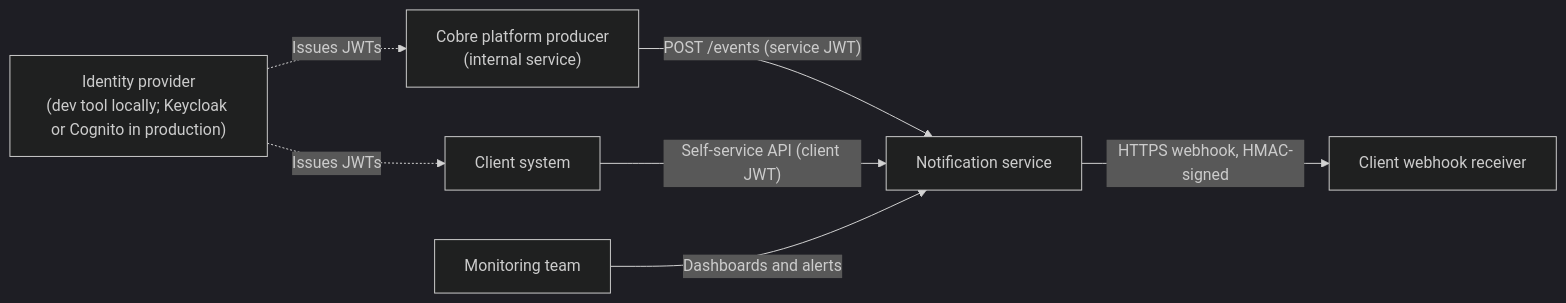
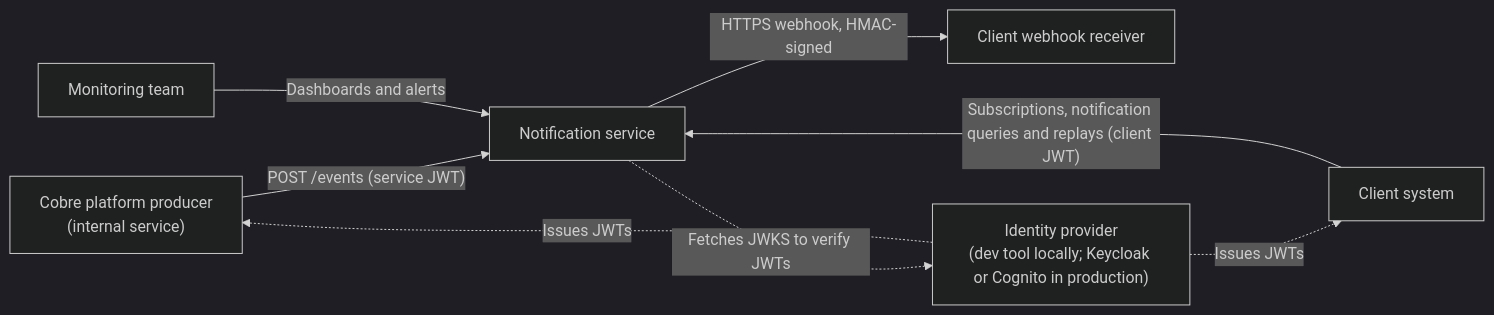
One commit to Crispelinho/cobre-webhook-notifications changed the first of 8 diagrams in docs/architecture/system-design.md. Above: the diagram before and after it, drawn with Mermaid (dark theme). The commit also changed other lines of this file, not shown here.

Commit message:
docs(architecture): correct the C4 views and add the component and dynamic views

````diff
--- a/docs/architecture/system-design.md
+++ b/docs/architecture/system-design.md
@@ -7,16 +7,17 @@
 ```mermaid
 flowchart LR
     producer["Cobre platform producer<br/>(internal service)"]
     client["Client system"]
     receiver["Client webhook receiver"]
     monitoring["Monitoring team"]
     idp["Identity provider<br/>(dev tool locally; Keycloak or Cognito in production)"]
     svc["Notification service"]
 
     producer -- "POST /events (service JWT)" --> svc
-    client -- "Self-service API (client JWT)" --> svc
+    client -- "Subscriptions, notification queries and replays (client JWT)" --> svc
     svc -- "HTTPS webhook, HMAC-signed" --> receiver
     monitoring -- "Dashboards and alerts" --> svc
     idp -. "Issues JWTs" .-> producer
     idp -. "Issues JWTs" .-> client
+    svc -. "Fetches JWKS to verify JWTs" .-> idp
 ```
````
